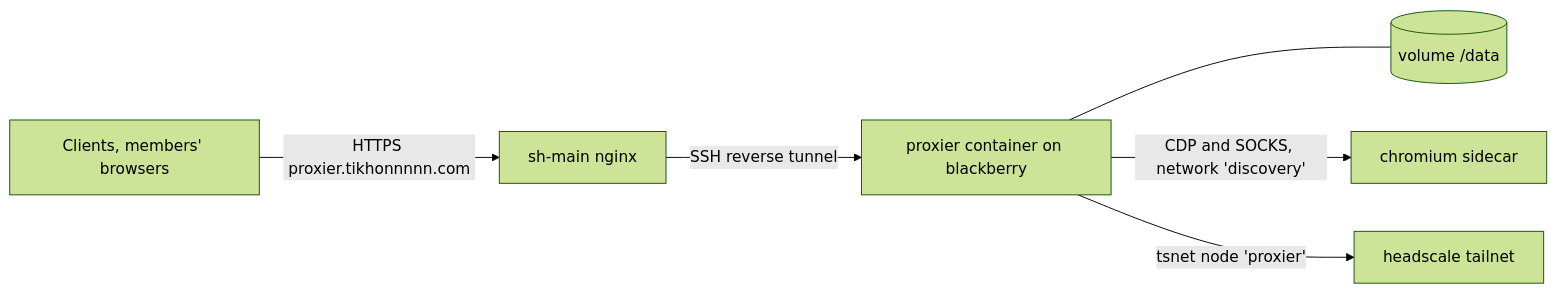
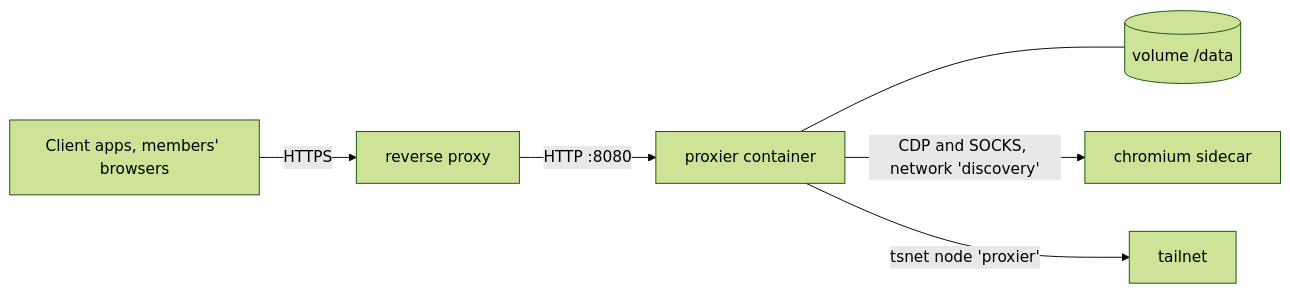
Before and after one commit to nrf24l01/proxier: the diagram in docs/deployment.md, drawn with Mermaid (forest theme). The commit also changed other lines of this file and 28 other files, not shown here.

````diff
--- a/docs/deployment.md
+++ b/docs/deployment.md
@@ -7,8 +13,8 @@
 ```mermaid
 flowchart LR
-    C[Clients, members' browsers] -- HTTPS proxier.tikhonnnnn.com --> N[sh-main nginx]
-    N -- SSH reverse tunnel --> P[proxier container on blackberry]
+    C[Client apps, members' browsers] -- HTTPS --> R[reverse proxy]
+    R -- HTTP :8080 --> P[proxier container]
     P --- V[(volume /data)]
     P -- CDP and SOCKS, network 'discovery' --> B[chromium sidecar]
-    P -- tsnet node 'proxier' --> H[headscale tailnet]
+    P -- tsnet node 'proxier' --> H[tailnet]
 ```
````
